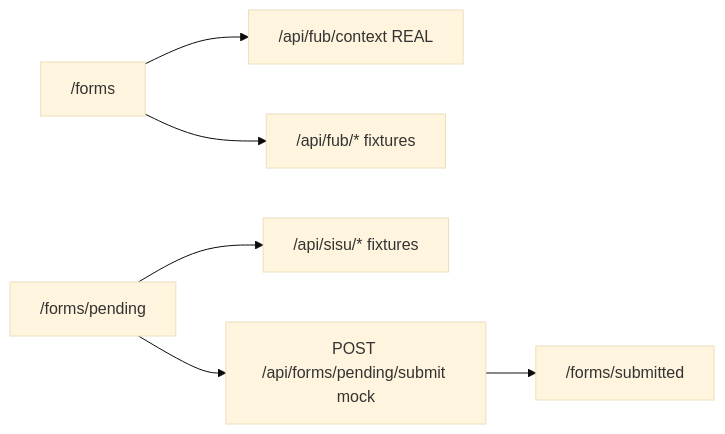
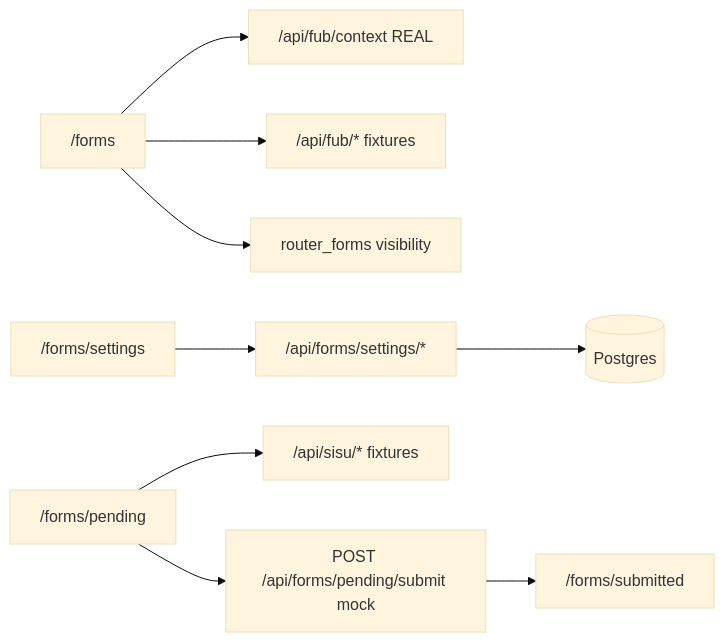
The diagram in docs/template-overview.md (baraagency/forms-template), drawn with Mermaid (base theme) before and after one commit. The commit also changed other lines of this file and 101 other files, not shown here.

First line of the commit message:
Add forms settings, appointment-met/closed examples, and live SISU/FUB catalogs.

````diff
--- a/docs/template-overview.md
+++ b/docs/template-overview.md
@@ -5,8 +5,11 @@
 ```mermaid
 flowchart LR
   Router["/forms"] --> Context["/api/fub/context REAL"]
   Router --> MockFub["/api/fub/* fixtures"]
+  Router --> RouterForms["router_forms visibility"]
+  Settings["/forms/settings"] --> SettingsApi["/api/forms/settings/*"]
+  SettingsApi --> Postgres[(Postgres)]
   Pending["/forms/pending"] --> MockSisu["/api/sisu/* fixtures"]
   Pending --> Submit["POST /api/forms/pending/submit mock"]
   Submit --> Submitted["/forms/submitted"]
 ```
````
